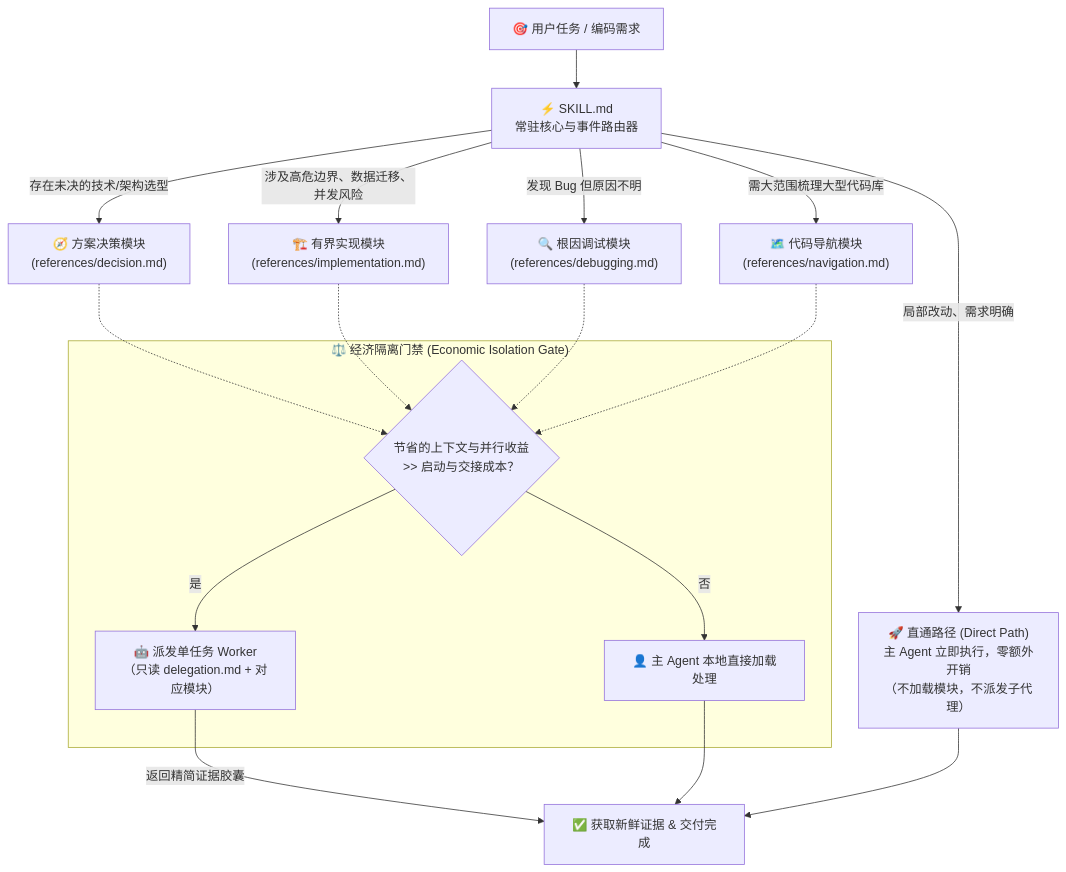
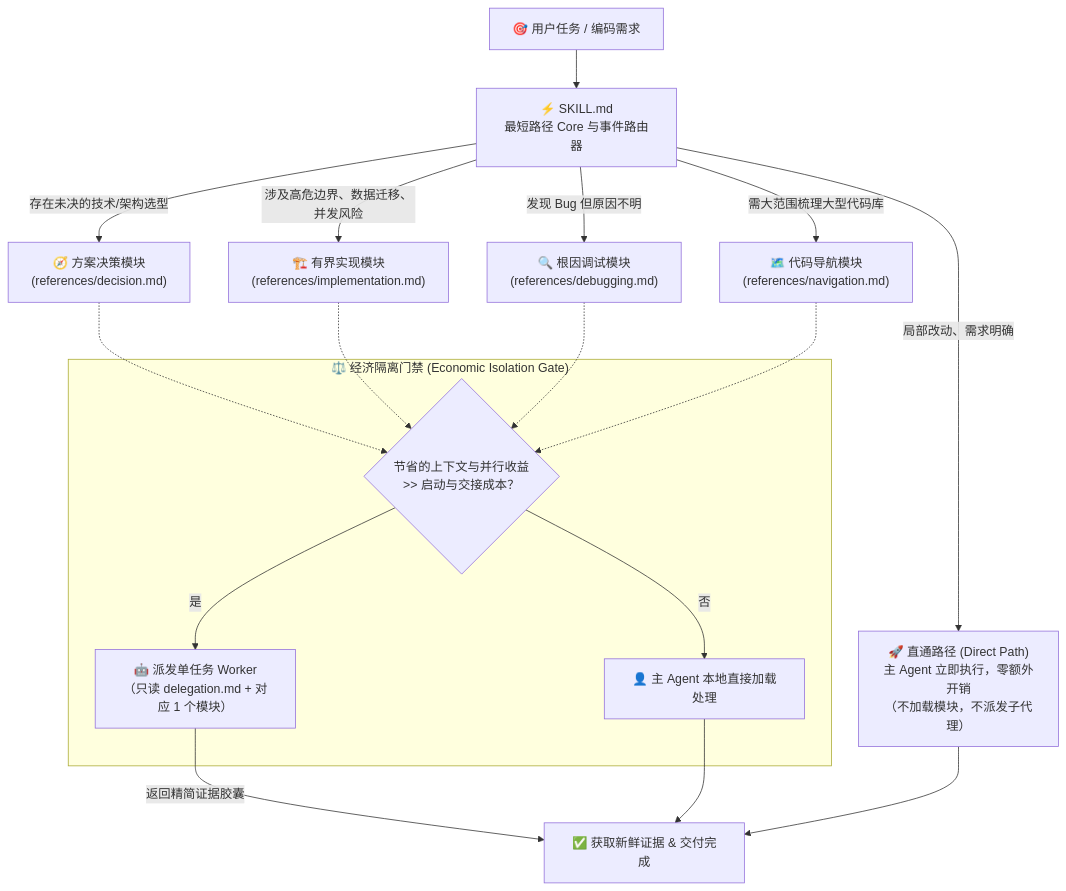
The diagram in README_zh.md (Hubujiu/practical-coding), drawn with Mermaid before and after one commit. The commit also changed other lines of this file and 1 other file, not shown here.

Commit message:
docs: enrich README with complete technical details, diagrams and methodology

````diff
--- a/README_zh.md
+++ b/README_zh.md
@@ -109,24 +151,24 @@
 ```mermaid
 flowchart TB
-    Task["🎯 用户任务 / 编码需求"] --> Core["⚡ SKILL.md<br/>常驻核心与事件路由器"]
+    Task["🎯 用户任务 / 编码需求"] --> Core["⚡ SKILL.md<br/>最短路径 Core 与事件路由器"]
 
     Core -->|"局部改动、需求明确"| Direct["🚀 直通路径 (Direct Path)<br/>主 Agent 立即执行，零额外开销<br/>（不加载模块，不派发子代理）"]
     Core -->|"存在未决的技术/架构选型"| D["🧭 方案决策模块<br/>(references/decision.md)"]
     Core -->|"涉及高危边界、数据迁移、并发风险"| I["🏗️ 有界实现模块<br/>(references/implementation.md)"]
     Core -->|"发现 Bug 但原因不明"| G["🔍 根因调试模块<br/>(references/debugging.md)"]
     Core -->|"需大范围梳理大型代码库"| E["🗺️ 代码导航模块<br/>(references/navigation.md)"]
 
     subgraph IsolationGate["⚖️ 经济隔离门禁 (Economic Isolation Gate)"]
         IG{"节省的上下文与并行收益<br/>>> 启动与交接成本？"}
-        IG -->|"是"| Worker["🤖 派发单任务 Worker<br/>（只读 delegation.md + 对应模块）"]
+        IG -->|"是"| Worker["🤖 派发单任务 Worker<br/>（只读 delegation.md + 对应 1 个模块）"]
         IG -->|"否"| RootExec["👤 主 Agent 本地直接加载处理"]
     end
 
     D -.-> IG
     I -.-> IG
     G -.-> IG
     E -.-> IG
     Worker -->|"返回精简证据胶囊"| Done["✅ 获取新鲜证据 & 交付完成"]
     RootExec --> Done
     Direct --> Done
 ```
````
